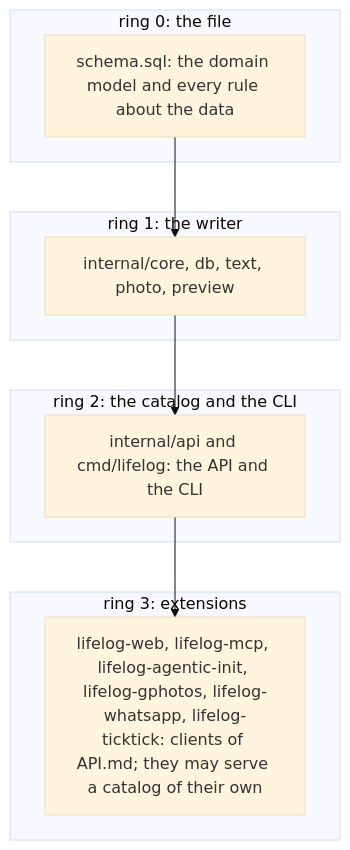
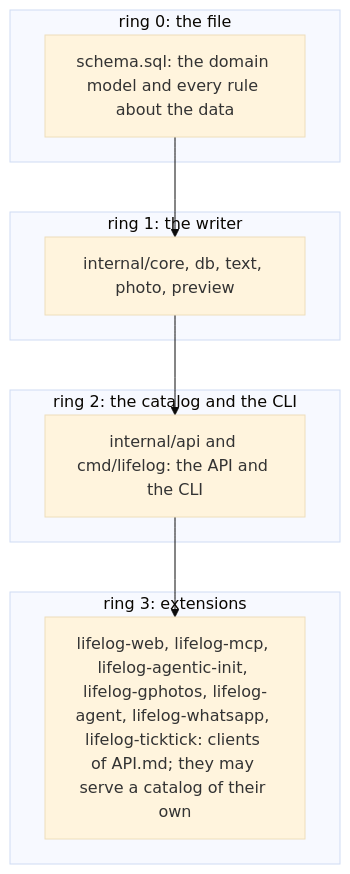
Before and after one commit to alexradunet/aminte: the diagram in README.md, drawn with Mermaid (base theme). The commit also changed other lines of this file and 40 other files, not shown here.

First line of the commit message:
plan 162, part B and part G1 (CI): the agent is an extension of its own, lifelog-agent

````diff
--- a/README.md
+++ b/README.md
@@ -90,16 +86,16 @@
   ```mermaid
   flowchart TB
     subgraph R0["ring 0: the file"]
       S["schema.sql: the domain model and every rule about the data"]
     end
     subgraph R1["ring 1: the writer"]
       C["internal/core, db, text, photo, preview"]
     end
     subgraph R2["ring 2: the catalog and the CLI"]
       K["internal/api and cmd/lifelog: the API and the CLI"]
     end
     subgraph R3["ring 3: extensions"]
-      X["lifelog-web, lifelog-mcp, lifelog-agentic-init, lifelog-gphotos, lifelog-whatsapp, lifelog-ticktick: clients of API.md; they may serve a catalog of their own"]
+      X["lifelog-web, lifelog-mcp, lifelog-agentic-init, lifelog-gphotos, lifelog-agent, lifelog-whatsapp, lifelog-ticktick: clients of API.md; they may serve a catalog of their own"]
     end
     S --> C --> K --> X
   ```
````
